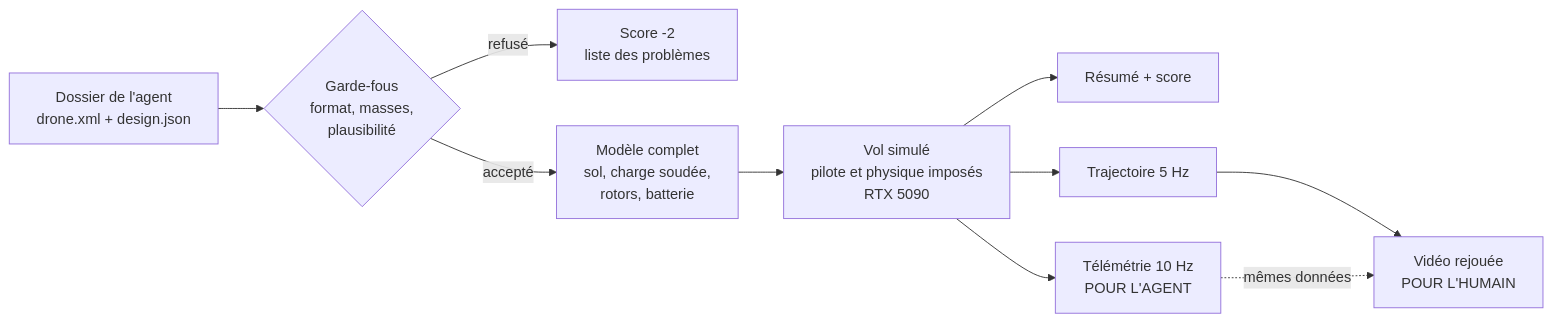
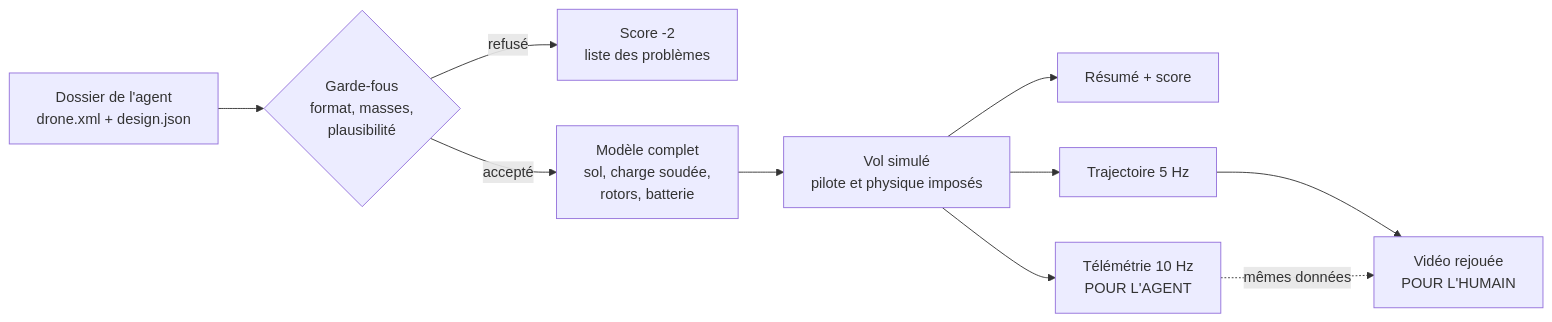
One commit to Gougnafier/dronelab changed the fifth of 12 diagrams in docs/architecture.md. Above: the diagram before and after it, drawn with Mermaid. The commit also changed other lines of this file and 9 other files, not shown here.

````diff
--- a/docs/architecture.md
+++ b/docs/architecture.md
@@ -194,12 +194,12 @@
 ```mermaid
 flowchart LR
     PKG["Dossier de l'agent<br/>drone.xml + design.json"] --> CHECK{"Garde-fous<br/>format, masses,<br/>plausibilité"}
     CHECK -->|"refusé"| REFUSED["Score -2<br/>liste des problèmes"]
     CHECK -->|"accepté"| BUILD["Modèle complet<br/>sol, charge soudée,<br/>rotors, batterie"]
-    BUILD --> FLY["Vol simulé<br/>pilote et physique imposés<br/>RTX 5090"]
+    BUILD --> FLY["Vol simulé<br/>pilote et physique imposés"]
     FLY --> OUT1["Résumé + score"]
     FLY --> OUT2["Télémétrie 10 Hz<br/>POUR L'AGENT"]
     FLY --> OUT3["Trajectoire 5 Hz"]
     OUT3 --> VIDEO["Vidéo rejouée<br/>POUR L'HUMAIN"]
     OUT2 -.->|"mêmes données"| VIDEO
 ```
````
